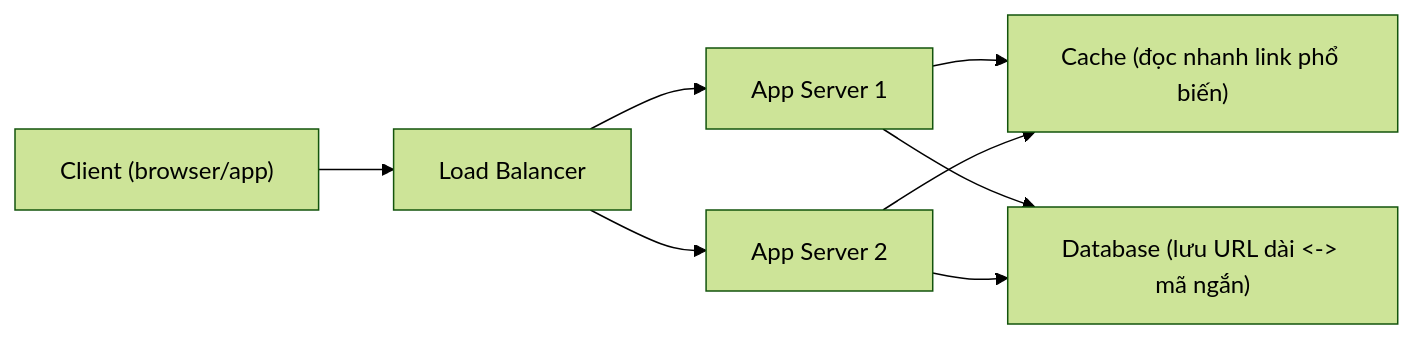
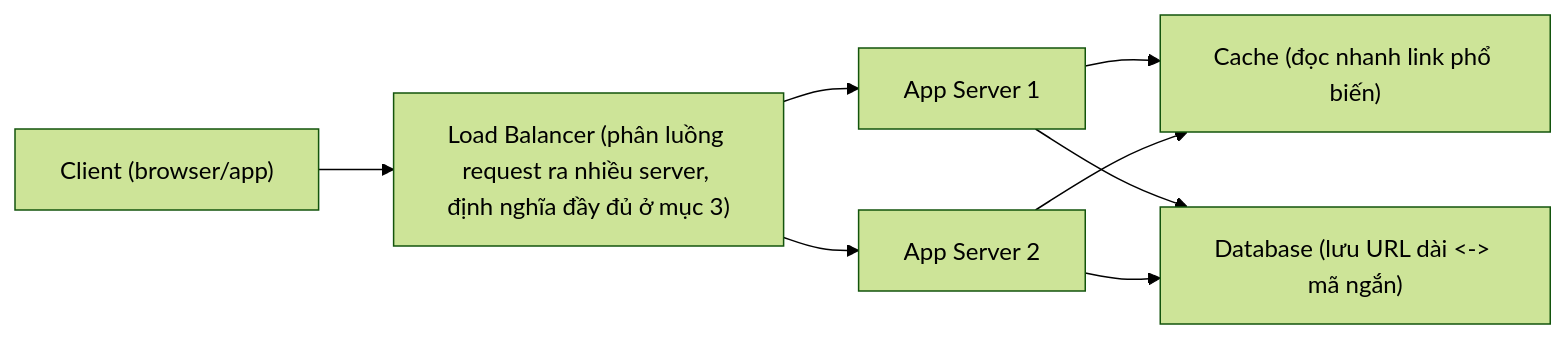
One commit to iamrealBi/learning-hub-v2 changed the first of 3 diagrams in docs/p10-cs-foundations/system-design-behavioral.md. Above: the diagram before and after it, drawn with Mermaid (forest theme). The commit also changed 20 other files, not shown here.

````diff
--- a/docs/p10-cs-foundations/system-design-behavioral.md
+++ b/docs/p10-cs-foundations/system-design-behavioral.md
@@ -108,10 +108,10 @@
 ```mermaid title="Kiến trúc tổng quan URL shortener"
 graph LR
-    Client["Client (browser/app)"] --> LB["Load Balancer"]
+    Client["Client (browser/app)"] --> LB["Load Balancer (phân luồng request ra nhiều server, định nghĩa đầy đủ ở mục 3)"]
     LB --> S1["App Server 1"]
     LB --> S2["App Server 2"]
     S1 --> Cache["Cache (đọc nhanh link phổ biến)"]
     S2 --> Cache
     S1 --> DB["Database (lưu URL dài <-> mã ngắn)"]
     S2 --> DB
 ```
````
